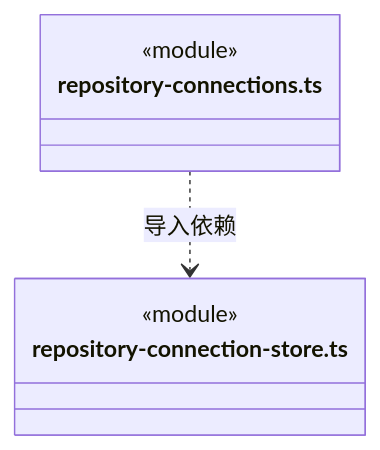
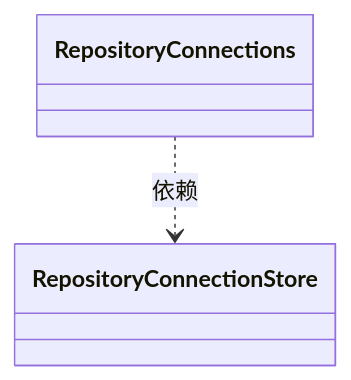
The diagram in src/logic/connectors/service/ARCHITECTURE.md (nan023062/cbim), drawn with Mermaid before and after one commit. The commit also changed other lines of this file and 158 other files, not shown here.

Commit message:
docs: model architecture through nested virtual encapsulations

````diff
--- a/src/logic/connectors/service/ARCHITECTURE.md
+++ b/src/logic/connectors/service/ARCHITECTURE.md
@@ -212,10 +20,8 @@
 ```mermaid
 classDiagram
-class N_src_logic_connectors_service_repository_connections_ts["repository-connections.ts"] {
-  <<module>>
-}
-class N_src_logic_connectors_service_repository_connection_store_ts["repository-connection-store.ts"] {
-  <<module>>
-}
-N_src_logic_connectors_service_repository_connections_ts ..> N_src_logic_connectors_service_repository_connection_store_ts : 导入依赖
+class N_08de11b2ec09["RepositoryConnections"]
+click N_08de11b2ec09 href "repository-connections.ts"
+class N_20f2313b96fd["RepositoryConnectionStore"]
+click N_20f2313b96fd href "repository-connection-store.ts"
+N_08de11b2ec09 ..> N_20f2313b96fd : 依赖
 ```
````
